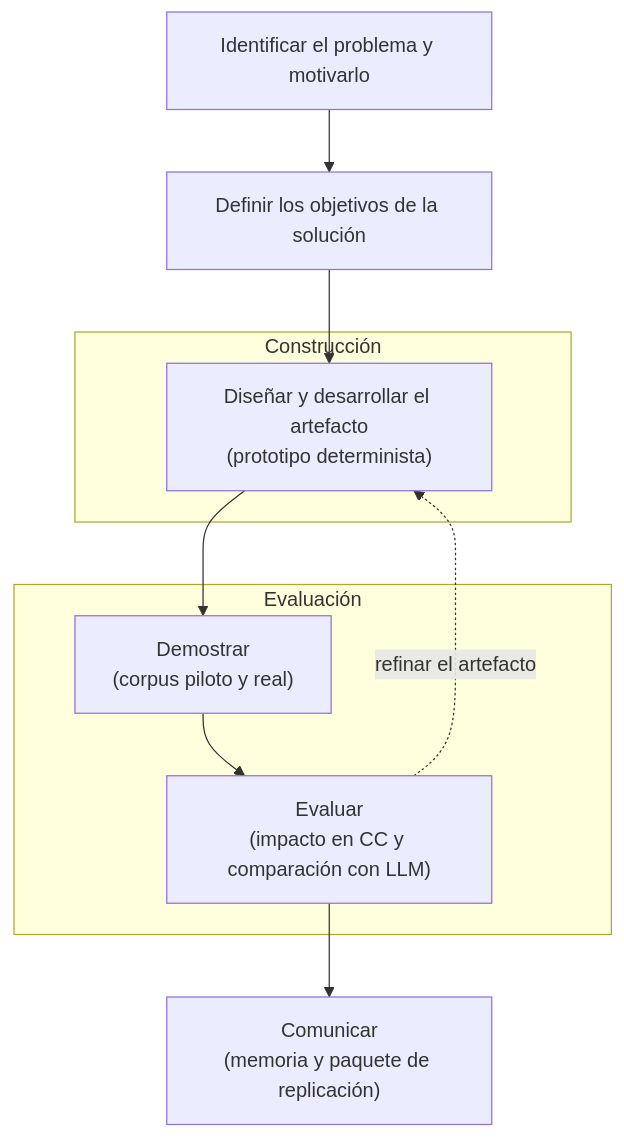
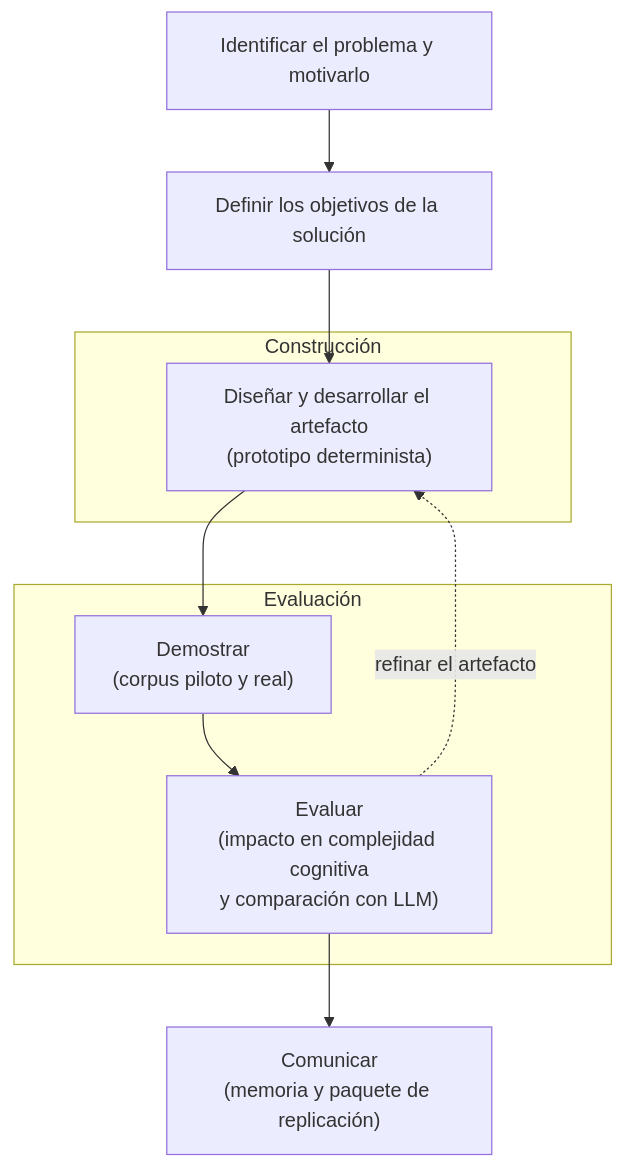
One commit to alers16/TFM changed the diagram in tfm_copilot_repo_template/memoria/figuras/src/fig-dsr-ciclo.mmd. Above: the diagram before and after it, drawn with Mermaid. The commit also changed 21 other files, not shown here.

```diff
--- a/tfm_copilot_repo_template/memoria/figuras/src/fig-dsr-ciclo.mmd
+++ b/tfm_copilot_repo_template/memoria/figuras/src/fig-dsr-ciclo.mmd
@@ -1,18 +1,18 @@
 %% Figura — Ciclo Design Science Research (DSR) seguido en el TFM.
 %% Actividades de Peffers et al. + articulación construir/evaluar (Hevner).
 %% Render sugerido: PNG/PDF a figuras/img/fig-dsr-ciclo.png
 flowchart TD
     P["Identificar el problema y motivarlo"] --> O["Definir los objetivos de la solución"]
     O --> D["Diseñar y desarrollar el artefacto<br/>(prototipo determinista)"]
     D --> DEM["Demostrar<br/>(corpus piloto y real)"]
-    DEM --> EV["Evaluar<br/>(impacto en CC y comparación con LLM)"]
+    DEM --> EV["Evaluar<br/>(impacto en complejidad cognitiva<br/>y comparación con LLM)"]
     EV --> C["Comunicar<br/>(memoria y paquete de replicación)"]
     EV -. "refinar el artefacto" .-> D
 
     subgraph CONS ["Construcción"]
         D
     end
     subgraph EVAL ["Evaluación"]
         DEM
         EV
     end
```
